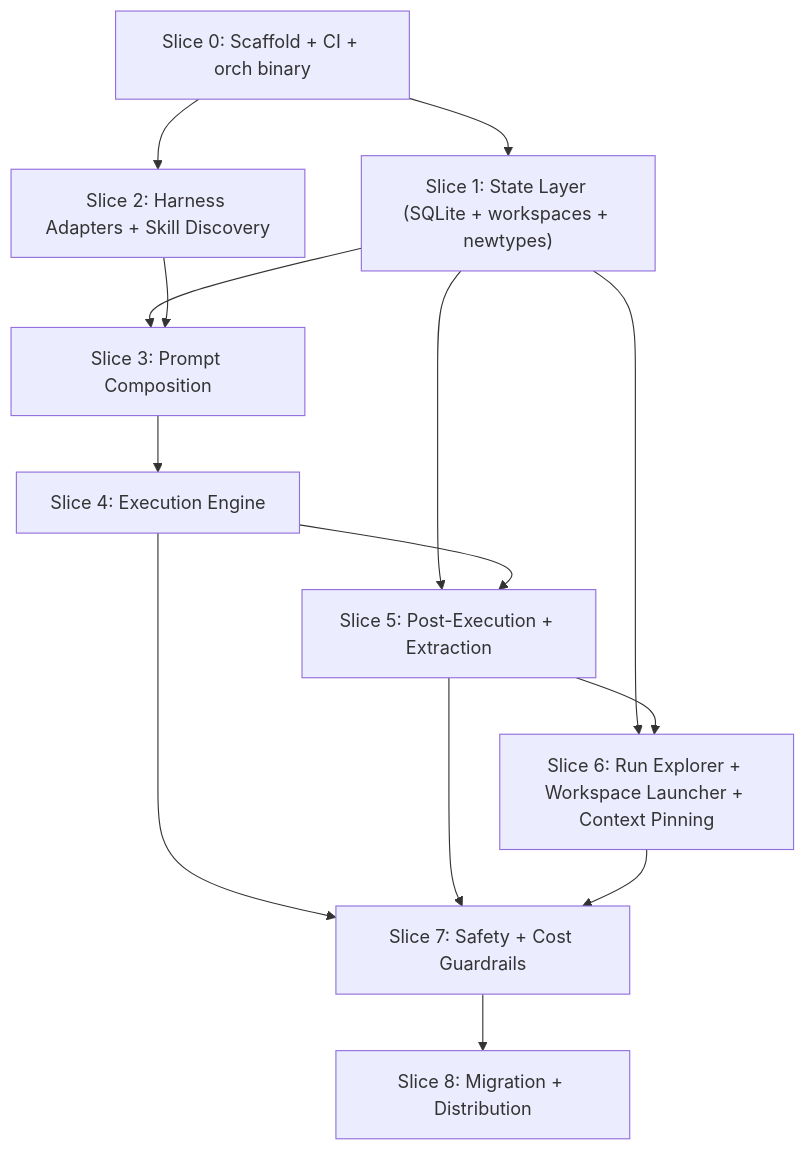
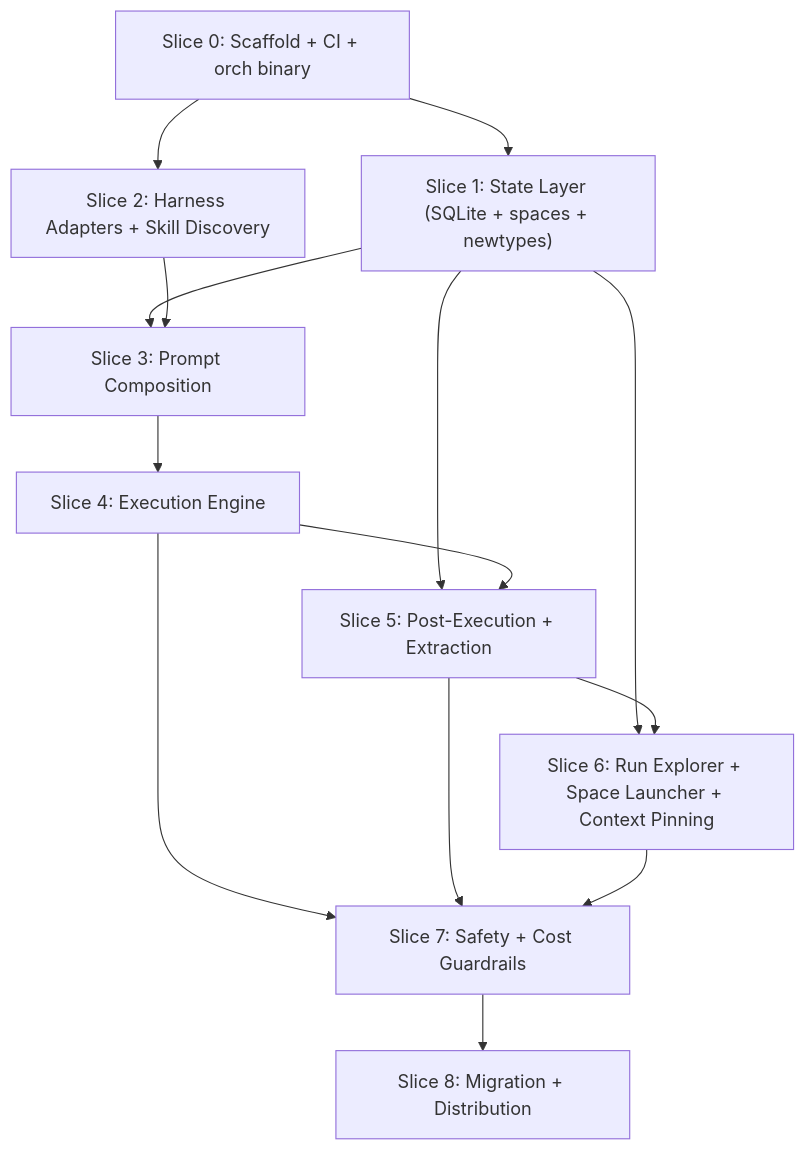
One commit to haowjy/meridian-flow changed the second of 2 diagrams in _docs/plans/meridian-channel/_archive/design/orchestrate-cli.md. Above: the diagram before and after it, drawn with Mermaid. The commit also changed other lines of this file and 58 other files, not shown here.

First line of the commit message:
refactor: rename workspace → space across meridian-channel codebase

````diff
--- a/_docs/plans/meridian-channel/_archive/design/orchestrate-cli.md
+++ b/_docs/plans/meridian-channel/_archive/design/orchestrate-cli.md
@@ -627,26 +627,26 @@
 ```mermaid
 graph TD
     S0["Slice 0: Scaffold + CI + orch binary"]
-    S1["Slice 1: State Layer (SQLite + workspaces + newtypes)"]
+    S1["Slice 1: State Layer (SQLite + spaces + newtypes)"]
     S2["Slice 2: Harness Adapters + Skill Discovery"]
     S3["Slice 3: Prompt Composition"]
     S4["Slice 4: Execution Engine"]
     S5["Slice 5: Post-Execution + Extraction"]
-    S6["Slice 6: Run Explorer + Workspace Launcher + Context Pinning"]
+    S6["Slice 6: Run Explorer + Space Launcher + Context Pinning"]
     S7["Slice 7: Safety + Cost Guardrails"]
     S8["Slice 8: Migration + Distribution"]
 
     S0 --> S1
     S0 --> S2
     S1 --> S3
     S2 --> S3
     S3 --> S4
     S1 --> S5
     S4 --> S5
     S1 --> S6
     S5 --> S6
     S4 --> S7
     S5 --> S7
     S6 --> S7
     S7 --> S8
 ```
````
